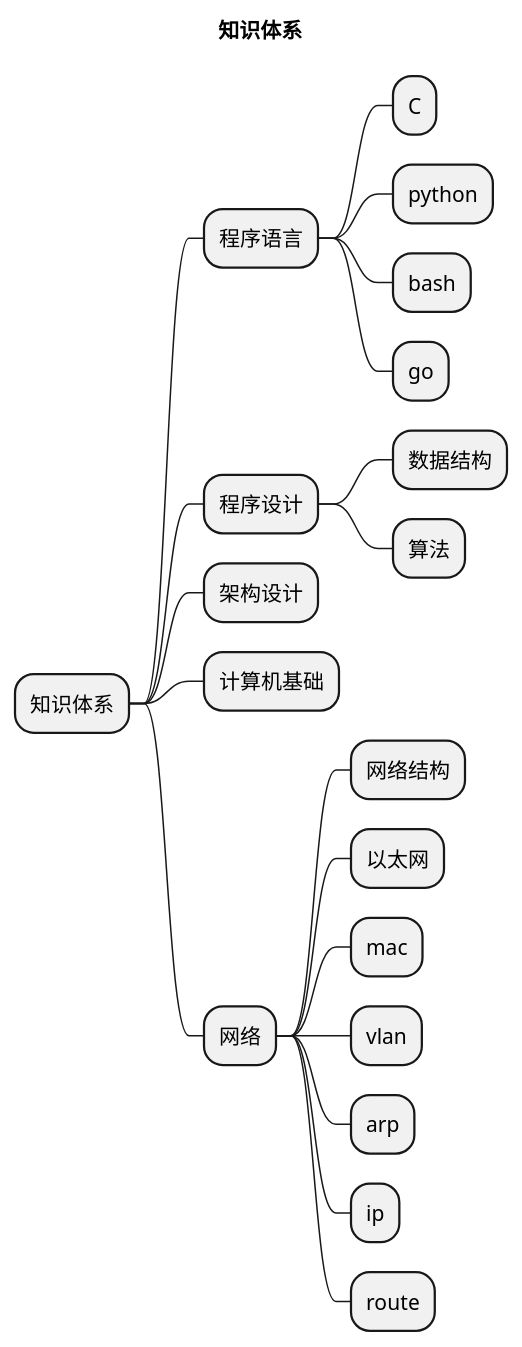
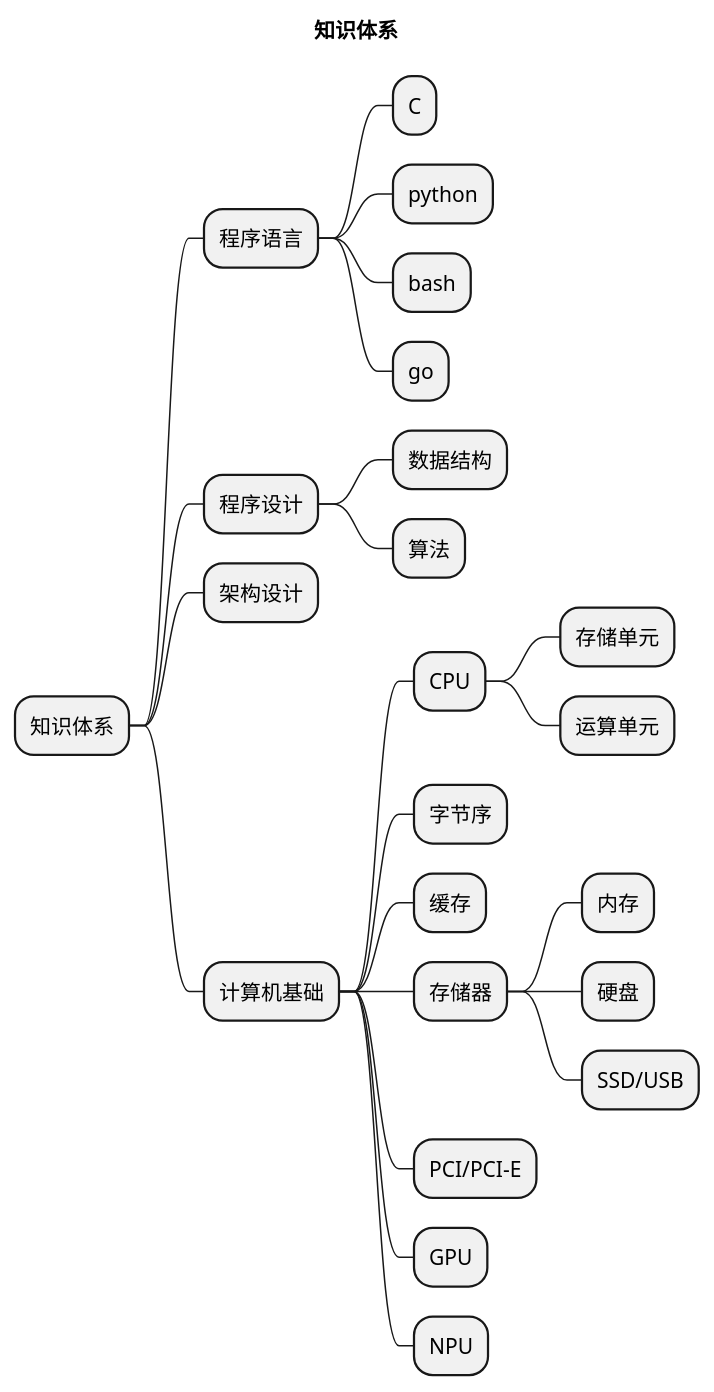
Before and after one commit to knowledgesofme/technology_systems: the first of 2 diagrams in konwledges.md, drawn with PlantUML. The commit also changed other lines of this file, not shown here.

````diff
--- a/konwledges.md
+++ b/konwledges.md
@@ -3,24 +3,29 @@
 ```plantuml
 @startmindmap
 title 知识体系
 * 知识体系
 ** 程序语言
 *** C
 *** python
 *** bash
 *** go
 ** 程序设计
 *** 数据结构
 *** 算法
 ** 架构设计
 ** 计算机基础
-** 网络
-*** 网络结构
-*** 以太网
-*** mac
-*** vlan
-*** arp
-*** ip
-*** route
+*** CPU
+**** 存储单元
+**** 运算单元
+*** 字节序
+*** 缓存
+*** 存储器
+**** 内存
+**** 硬盘
+**** SSD/USB
+*** PCI/PCI-E
+*** GPU
+*** NPU
+
 @endmindmap
 ```
````
